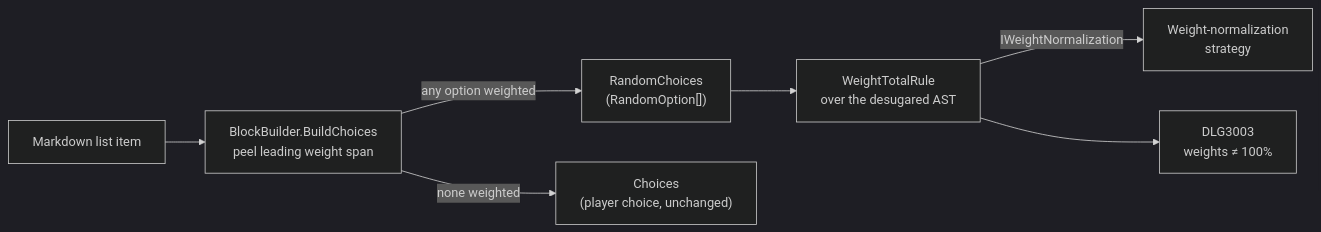
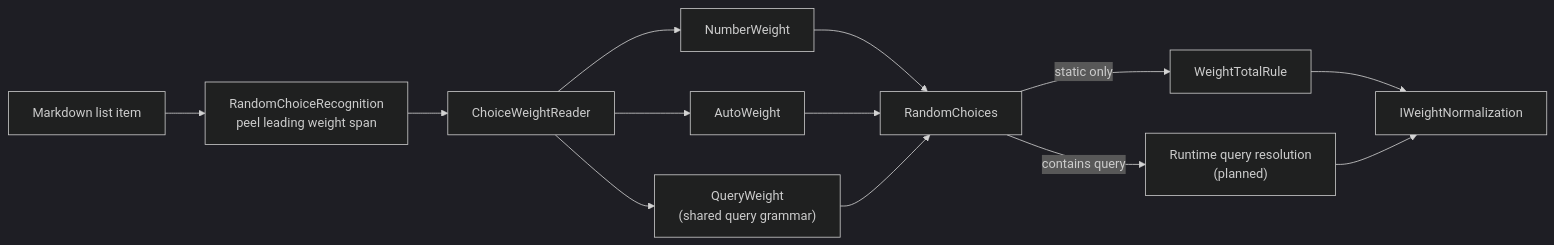
The diagram in docs/contributing/design-notes/Random Choice.md (pengzhengyi/dialoguedown), drawn with Mermaid (dark theme) before and after one commit. The commit also changed other lines of this file and 28 other files, not shown here.

First line of the commit message:
feat: dynamically calculated random-choice weights (#158)

````diff
--- a/docs/contributing/design-notes/Random Choice.md
+++ b/docs/contributing/design-notes/Random Choice.md
@@ -210,9 +234,15 @@
 ```mermaid
 flowchart LR
-    LI["Markdown list item"] --> Peel["BlockBuilder.BuildChoices<br/>peel leading weight span"]
-    Peel -->|any option weighted| RC["RandomChoices<br/>(RandomOption[])"]
-    Peel -->|none weighted| PC["Choices<br/>(player choice, unchanged)"]
-    RC --> Rule["WeightTotalRule<br/>over the desugared AST"]
-    Rule -->|IWeightNormalization| Norm["Weight-normalization<br/>strategy"]
-    Rule --> D3["DLG3003<br/>weights ≠ 100%"]
+    LI["Markdown list item"] --> Recognize["RandomChoiceRecognition<br/>peel leading weight span"]
+    Recognize --> Read["ChoiceWeightReader"]
+    Read --> NW["NumberWeight"]
+    Read --> AW["AutoWeight"]
+    Read --> QW["QueryWeight<br/>(shared query grammar)"]
+    NW --> RC["RandomChoices"]
+    AW --> RC
+    QW --> RC
+    RC -->|static only| Rule["WeightTotalRule"]
+    RC -->|contains query| Runtime["Runtime query resolution<br/>(planned)"]
+    Rule --> Norm["IWeightNormalization"]
+    Runtime --> Norm
 ```
````
